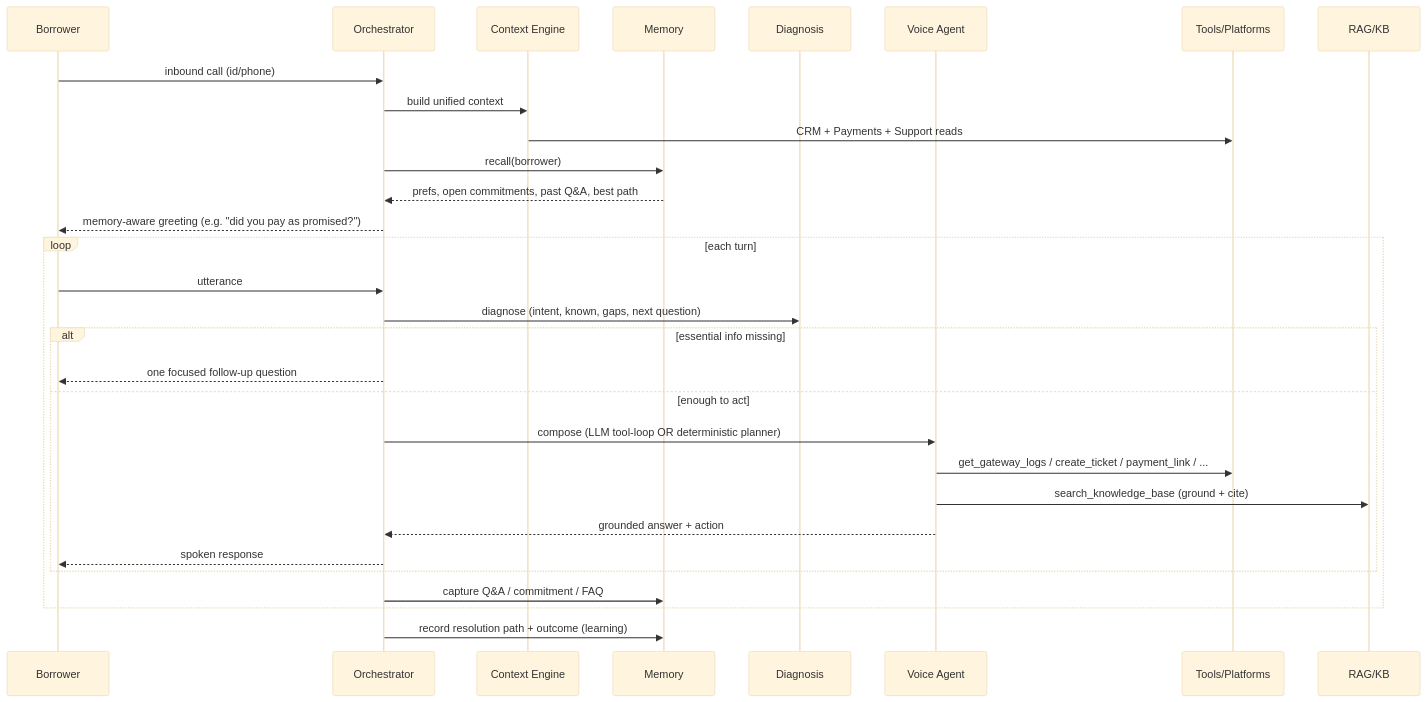
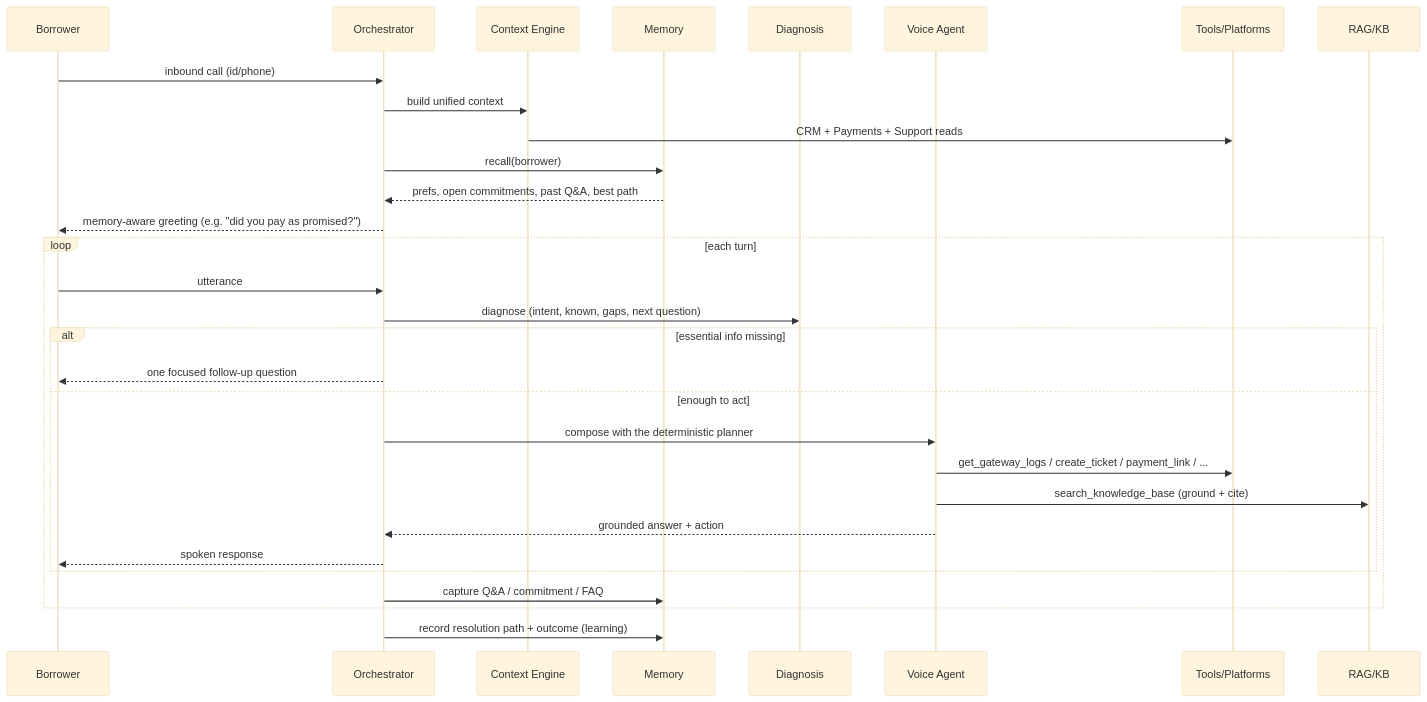
Before and after one commit to DevanshXerc90/lendco: the second of 2 diagrams in docs/ARCHITECTURE.md, drawn with Mermaid (base theme). The commit also changed other lines of this file and 32 other files, not shown here.

````diff
--- a/docs/ARCHITECTURE.md
+++ b/docs/ARCHITECTURE.md
@@ -41,33 +39,33 @@
 ```mermaid
 sequenceDiagram
     participant B as Borrower
     participant O as Orchestrator
     participant Ctx as Context Engine
     participant Mem as Memory
     participant Dx as Diagnosis
     participant V as Voice Agent
     participant T as Tools/Platforms
     participant R as RAG/KB
 
     B->>O: inbound call (id/phone)
     O->>Ctx: build unified context
     Ctx->>T: CRM + Payments + Support reads
     O->>Mem: recall(borrower)
     Mem-->>O: prefs, open commitments, past Q&A, best path
     O-->>B: memory-aware greeting (e.g. "did you pay as promised?")
     loop each turn
         B->>O: utterance
         O->>Dx: diagnose (intent, known, gaps, next question)
         alt essential info missing
             O-->>B: one focused follow-up question
         else enough to act
-            O->>V: compose (LLM tool-loop OR deterministic planner)
+            O->>V: compose with the deterministic planner
             V->>T: get_gateway_logs / create_ticket / payment_link / ...
             V->>R: search_knowledge_base (ground + cite)
             V-->>O: grounded answer + action
             O-->>B: spoken response
         end
         O->>Mem: capture Q&A / commitment / FAQ
     end
     O->>Mem: record resolution path + outcome (learning)
 ```
````
